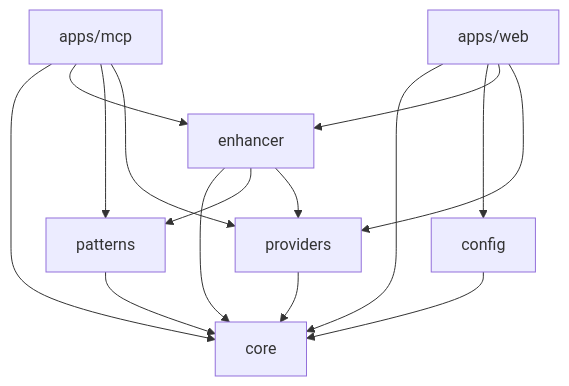
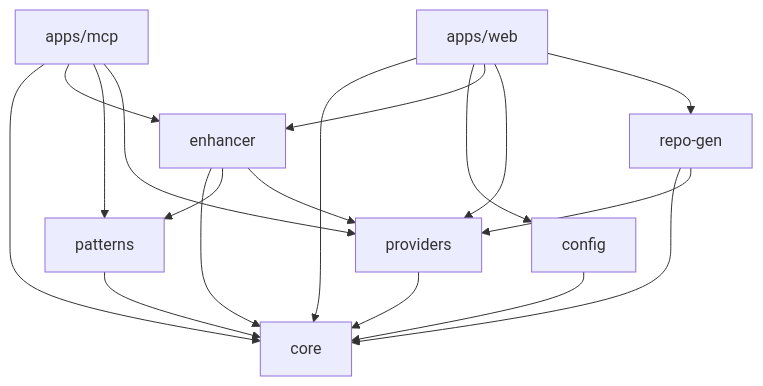
One commit to jdgiles26/agentic-mcp-server changed the fourth of 4 diagrams in docs/architecture.md. Above: the diagram before and after it, drawn with Mermaid. The commit also changed other lines of this file and 22 other files, not shown here.

````diff
--- a/docs/architecture.md
+++ b/docs/architecture.md
@@ -96,20 +123,24 @@
 ```mermaid
 graph TD
   web[apps/web] --> core
   web --> config
   web --> enhancer
   web --> providers
+  web --> repo-gen
 
   mcp[apps/mcp] --> core
   mcp --> enhancer
   mcp --> patterns
   mcp --> providers
 
   enhancer --> core
   enhancer --> patterns
   enhancer --> providers
 
+  repo-gen --> core
+  repo-gen --> providers
+
   patterns --> core
   providers --> core
   config --> core
 ```
````
